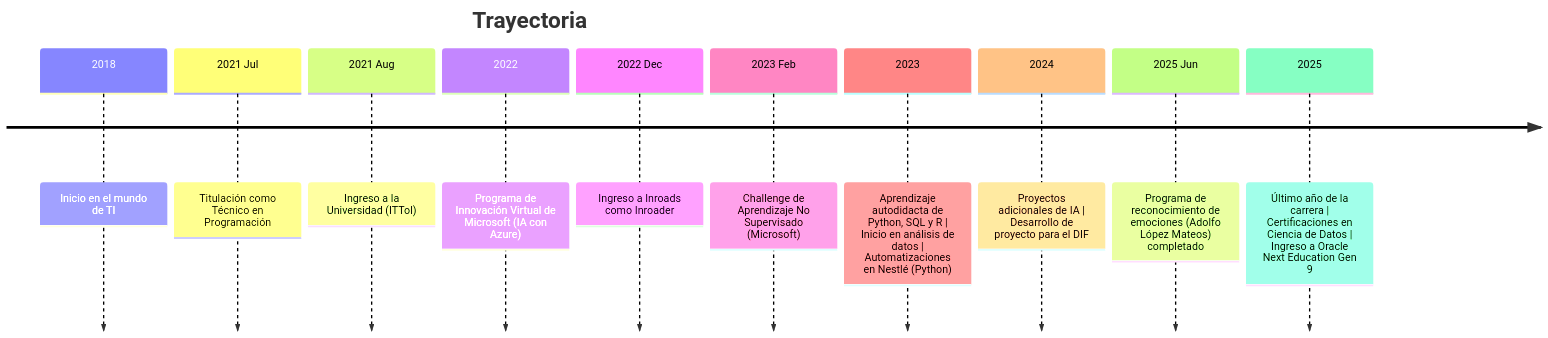
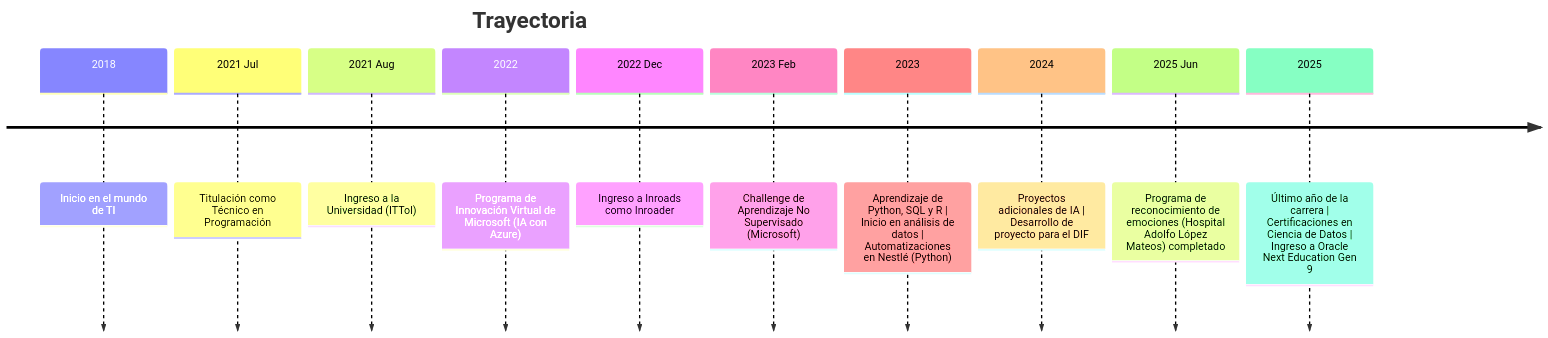
Before and after one commit to JIR2406/JIR2406: the diagram in README.MD, drawn with Mermaid.

Commit message:
Update README.MD
Corregí la ortografía

````diff
--- a/README.MD
+++ b/README.MD
@@ -111,14 +111,14 @@
 ```mermaid
 timeline
     title Trayectoria
     2018 : Inicio en el mundo de TI
     2021 Jul : Titulación como Técnico en Programación
     2021 Aug : Ingreso a la Universidad (ITTol)
     2022 : Programa de Innovación Virtual de Microsoft (IA con Azure)
     2022 Dec : Ingreso a Inroads como Inroader
     2023 Feb : Challenge de Aprendizaje No Supervisado (Microsoft)
-    2023 : Aprendizaje autodidacta de Python, SQL y R | Inicio en análisis de datos | Automatizaciones en Nestlé (Python)
+    2023 : Aprendizaje de Python, SQL y R | Inicio en análisis de datos | Automatizaciones en Nestlé (Python)
     2024 : Proyectos adicionales de IA | Desarrollo de proyecto para el DIF
-    2025 Jun : Programa de reconocimiento de emociones (Adolfo López Mateos) completado
+    2025 Jun : Programa de reconocimiento de emociones (Hospital Adolfo López Mateos) completado
     2025 : Último año de la carrera | Certificaciones en Ciencia de Datos | Ingreso a Oracle Next Education Gen 9
 ```
````
